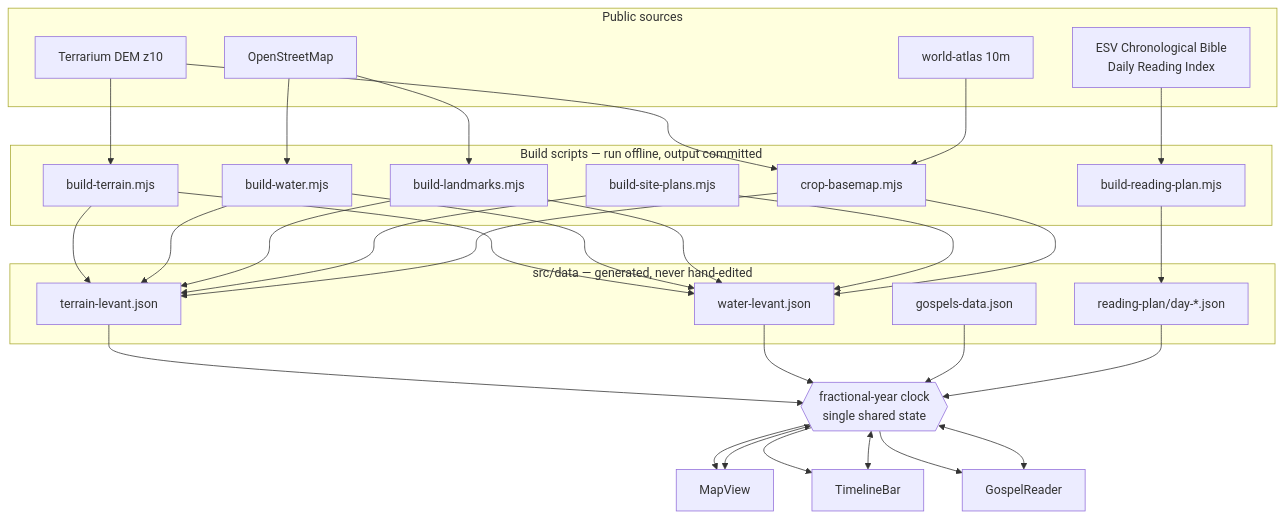
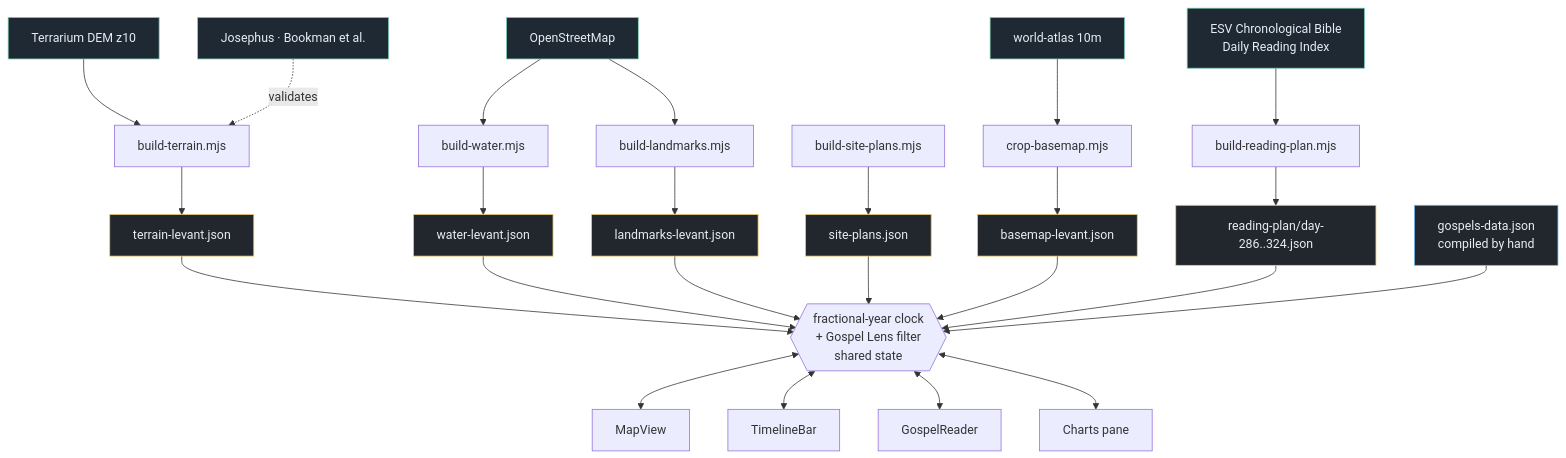
Before and after one commit to Ptander01/Jesus-World: the diagram in README.md, drawn with Mermaid. The commit also changed other lines of this file, not shown here.

````diff
--- a/README.md
+++ b/README.md
@@ -56,43 +62,56 @@
 ```mermaid
 flowchart TD
-    subgraph sources[Public sources]
-        DEM[Terrarium DEM z10]
-        OSM[OpenStreetMap]
-        ATLAS[world-atlas 10m]
-        PLAN[ESV Chronological Bible<br/>Daily Reading Index]
-    end
+    DEM[Terrarium DEM z10]:::src
+    OSM[OpenStreetMap]:::src
+    ATLAS[world-atlas 10m]:::src
+    PLAN[ESV Chronological Bible<br/>Daily Reading Index]:::src
+    JOS[Josephus · Bookman et al.]:::src
 
-    subgraph build[Build scripts — run offline, output committed]
-        T[build-terrain.mjs]
-        W[build-water.mjs]
-        L[build-landmarks.mjs]
-        S[build-site-plans.mjs]
-        C[crop-basemap.mjs]
-        R[build-reading-plan.mjs]
-    end
+    T[build-terrain.mjs]
+    W[build-water.mjs]
+    L[build-landmarks.mjs]
+    S[build-site-plans.mjs]
+    C[crop-basemap.mjs]
+    R[build-reading-plan.mjs]
 
-    subgraph data[src/data — generated, never hand-edited]
-        GD[gospels-data.json]
-        TD[terrain-levant.json]
-        WD[water-levant.json]
-        RP[reading-plan/day-*.json]
-    end
+    TD[terrain-levant.json]:::gen
+    WD[water-levant.json]:::gen
+    LD[landmarks-levant.json]:::gen
+    SD[site-plans.json]:::gen
+    BD[basemap-levant.json]:::gen
+    RP[reading-plan/day-286..324.json]:::gen
+    GD[gospels-data.json<br/>compiled by hand]:::auth
 
-    CLOCK{{fractional-year clock<br/>single shared state}}
+    CLOCK{{fractional-year clock<br/>+ Gospel Lens filter<br/>shared state}}
 
-    MAP[MapView]
-    TL[TimelineBar]
-    RD[GospelReader]
-
-    DEM --> T & C
-    OSM --> W & L
+    DEM --> T
+    OSM --> W
+    OSM --> L
     ATLAS --> C
     PLAN --> R
-    T & W & L & S & C --> TD & WD
+    JOS -.validates.-> T
+
+    T --> TD
+    W --> WD
+    L --> LD
+    S --> SD
+    C --> BD
     R --> RP
-    TD & WD & GD & RP --> CLOCK
-    CLOCK --> MAP & TL & RD
-    MAP <--> CLOCK
-    TL <--> CLOCK
-    RD <--> CLOCK
+
+    TD --> CLOCK
+    WD --> CLOCK
+    LD --> CLOCK
+    SD --> CLOCK
+    BD --> CLOCK
+    RP --> CLOCK
+    GD --> CLOCK
+
+    CLOCK <--> MAP[MapView]
+    CLOCK <--> TL[TimelineBar]
+    CLOCK <--> RD[GospelReader]
+    CLOCK <--> CH[Charts pane]
+
+    classDef src fill:#1f2933,stroke:#7ecfb2,color:#e6edf3
+    classDef gen fill:#22272e,stroke:#f0c96e,color:#e6edf3
+    classDef auth fill:#22272e,stroke:#6eb8f0,color:#e6edf3
 ```
````
